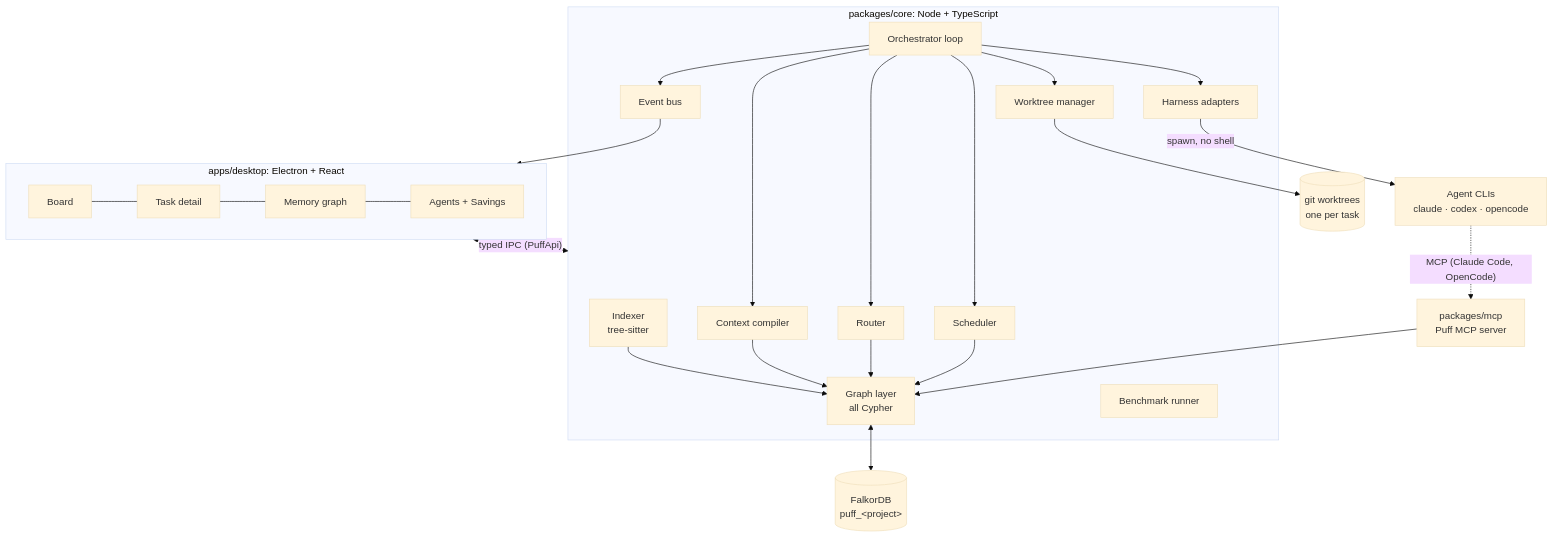
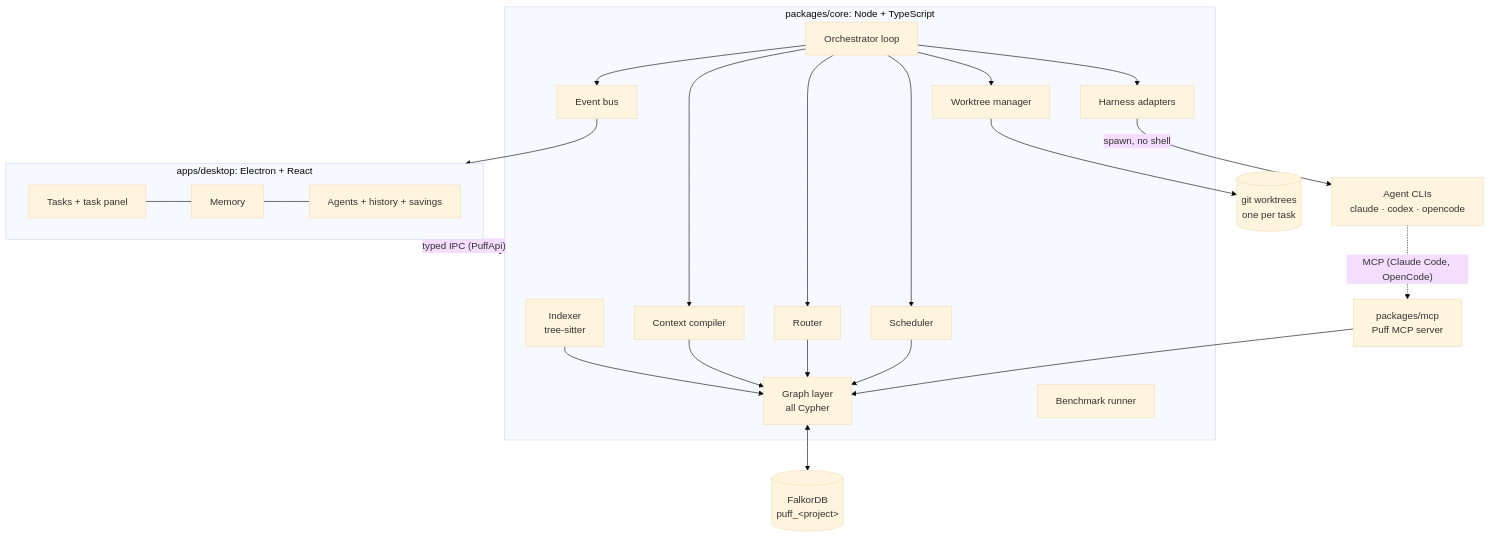
The first of 5 diagrams in docs/ARCHITECTURE.md (Shaurya01836/Puff), drawn with Mermaid (base theme) before and after one commit. The commit also changed other lines of this file and 16 other files, not shown here.

First line of the commit message:
Memory screen: every lesson with its state and trust, and a readable graph of each

````diff
--- a/docs/ARCHITECTURE.md
+++ b/docs/ARCHITECTURE.md
@@ -28,37 +28,37 @@
 ```mermaid
 flowchart TB
     subgraph UI["apps/desktop: Electron + React"]
-        B[Board] --- TD[Task detail] --- MG[Memory graph] --- AG[Agents + Savings]
+        B[Tasks + task panel] --- MG[Memory] --- AG[Agents + history + savings]
     end
 
     subgraph CORE["packages/core: Node + TypeScript"]
         IDX[Indexer<br/>tree-sitter]
         GQ[Graph layer<br/>all Cypher]
         CC[Context compiler]
         RT[Router]
         SC[Scheduler]
         OR[Orchestrator loop]
         AD[Harness adapters]
         WT[Worktree manager]
         BUS[Event bus]
         BEN[Benchmark runner]
     end
 
     MCP["packages/mcp<br/>Puff MCP server"]
     DB[("FalkorDB<br/>puff_&lt;project&gt;")]
     GIT[("git worktrees<br/>one per task")]
     CLI["Agent CLIs<br/>claude · codex · opencode"]
 
     UI <-->|"typed IPC (PuffApi)"| CORE
     IDX --> GQ
     CC --> GQ
     RT --> GQ
     SC --> GQ
     OR --> SC & RT & CC & AD & WT
     GQ <--> DB
     WT --> GIT
     AD -->|spawn, no shell| CLI
     CLI -.->|"MCP (Claude Code, OpenCode)"| MCP
     MCP --> GQ
     OR --> BUS --> UI
 ```
````
